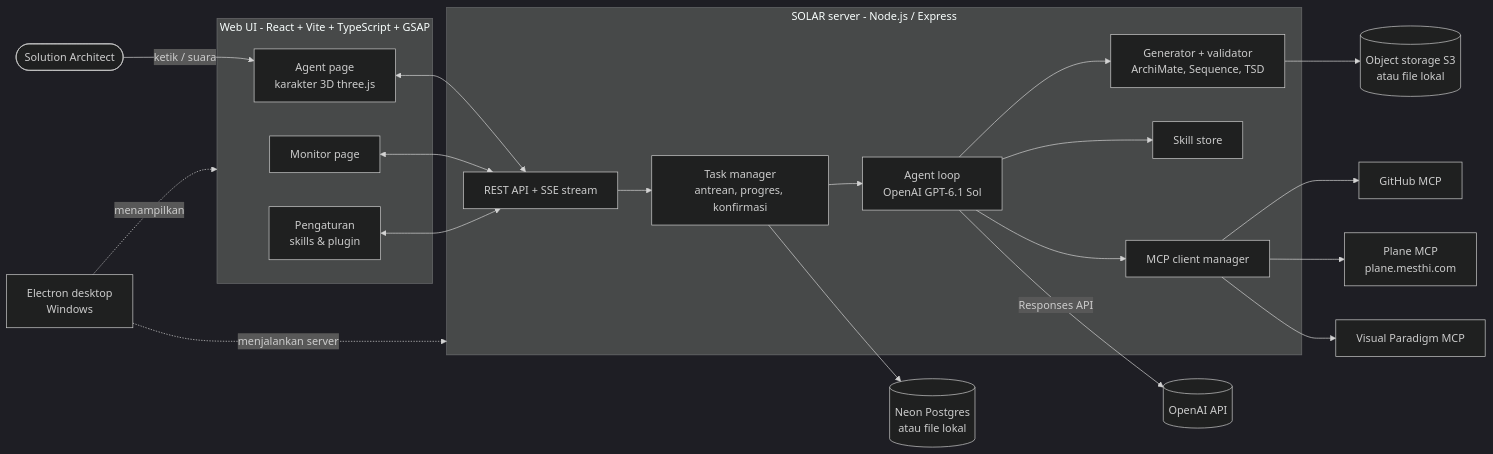
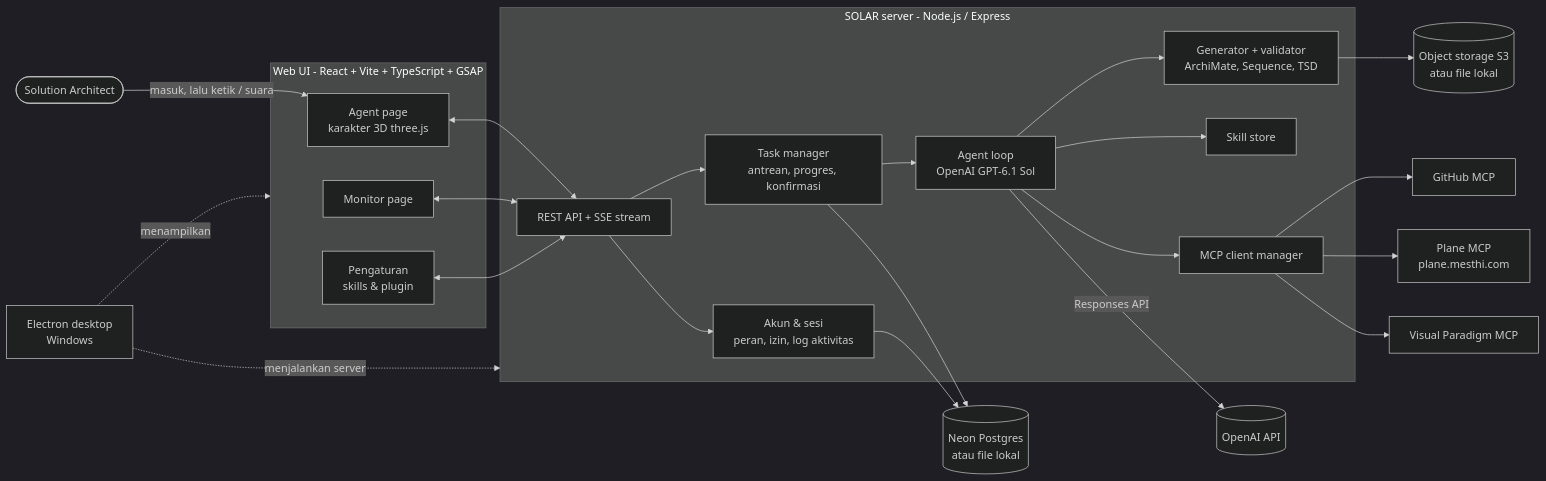
One commit to arumora-id/solar changed the diagram in README.md. Above: the diagram before and after it, drawn with Mermaid (dark theme). The commit also changed other lines of this file and 105 other files, not shown here.

First line of the commit message:
Akun, login & peran: login GSAP, pendaftaran mandiri dengan persetujuan, log aktivitas (#8)

````diff
--- a/README.md
+++ b/README.md
@@ -76,32 +78,35 @@
 ```mermaid
 flowchart LR
-    U([Solution Architect]) -- ketik / suara --> UI
+    U([Solution Architect]) -- masuk, lalu ketik / suara --> UI
     subgraph Client["Web UI - React + Vite + TypeScript + GSAP"]
         UI[Agent page<br/>karakter 3D three.js]
         MON[Monitor page]
         SET[Pengaturan<br/>skills & plugin]
     end
     subgraph Server["SOLAR server - Node.js / Express"]
         API[REST API + SSE stream]
+        AUTH[Akun & sesi<br/>peran, izin, log aktivitas]
         TM[Task manager<br/>antrean, progres, konfirmasi]
         AG[Agent loop<br/>OpenAI GPT-6.1 Sol]
         GEN[Generator + validator<br/>ArchiMate, Sequence, TSD]
         SK[Skill store]
         MCP[MCP client manager]
     end
     UI <--> API
     MON <--> API
     SET <--> API
+    API --> AUTH
     API --> TM --> AG
     AG --> GEN
     AG --> SK
     AG --> MCP
     AG -- Responses API --> OPENAI[(OpenAI API)]
     MCP --> GH[GitHub MCP]
     MCP --> PL[Plane MCP<br/>plane.mesthi.com]
     MCP --> VP[Visual Paradigm MCP]
     TM --> DB[(Neon Postgres<br/>atau file lokal)]
+    AUTH --> DB
     GEN --> OBJ[(Object storage S3<br/>atau file lokal)]
     DESK[Electron desktop<br/>Windows] -. menjalankan server .-> Server
     DESK -. menampilkan .-> Client
 ```
````
